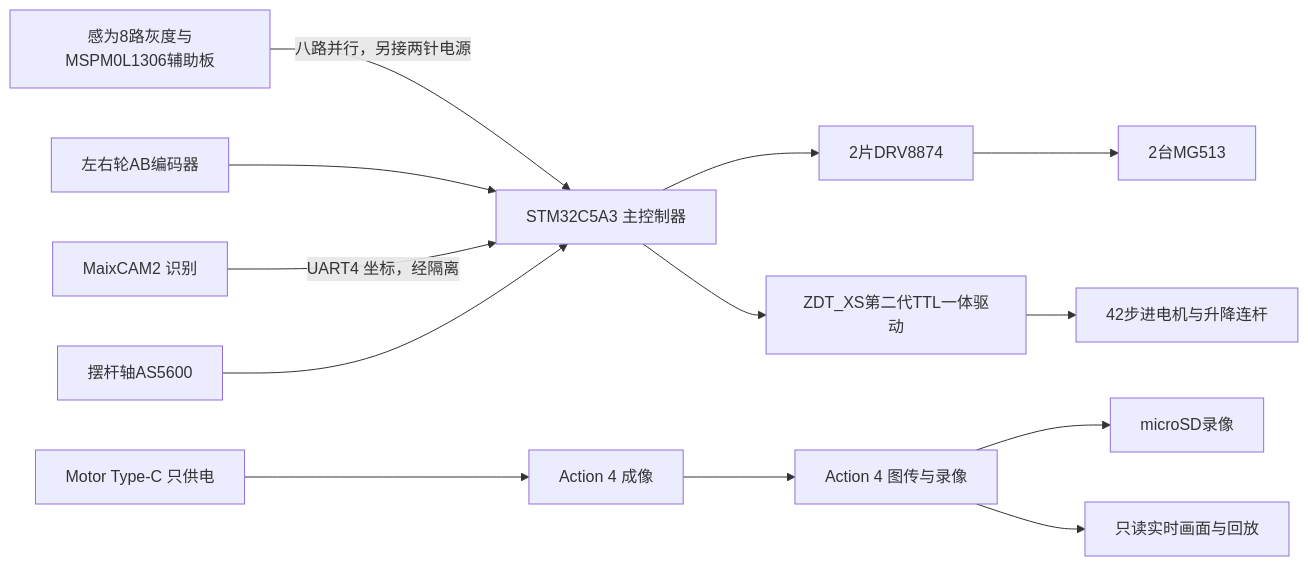
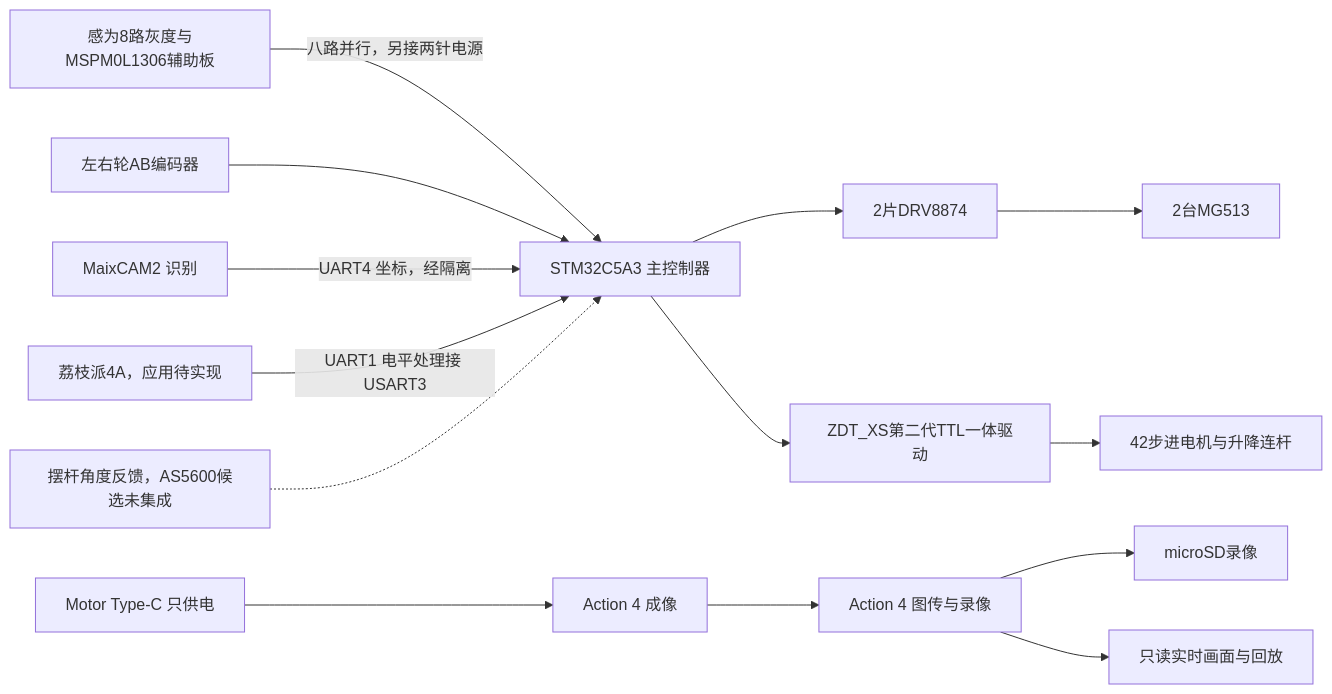
One commit to SmallCoral/c5-car changed the diagram in Documentation/explanation/a-system-outline.md. Above: the diagram before and after it, drawn with Mermaid. The commit also changed other lines of this file and 371 other files, not shown here.

````diff
--- a/Documentation/explanation/a-system-outline.md
+++ b/Documentation/explanation/a-system-outline.md
@@ -34,15 +30,16 @@
 ```mermaid
 flowchart LR
     Track[感为8路灰度与MSPM0L1306辅助板] -->|八路并行，另接两针电源| STM[STM32C5A3 主控制器]
     Wheels[左右轮AB编码器] --> STM
     Beam[MaixCAM2 识别] -->|UART4 坐标，经隔离| STM
-    Angle[摆杆轴AS5600] --> STM
+    LP[荔枝派4A，应用待实现] -->|UART1 电平处理接 USART3| STM
+    Angle[摆杆角度反馈，AS5600候选未集成] -.-> STM
     STM --> Drive[2片DRV8874]
     Drive --> Motors[2台MG513]
     STM --> Step[ZDT_XS第二代TTL一体驱动]
     Step --> Actuator[42步进电机与升降连杆]
     Camera[Action 4 成像] --> S3[Action 4 图传与录像]
     S3 --> SD[microSD录像]
     S3 --> View[只读实时画面与回放]
     Power[Motor Type-C 只供电] --> Camera
 ```
````
